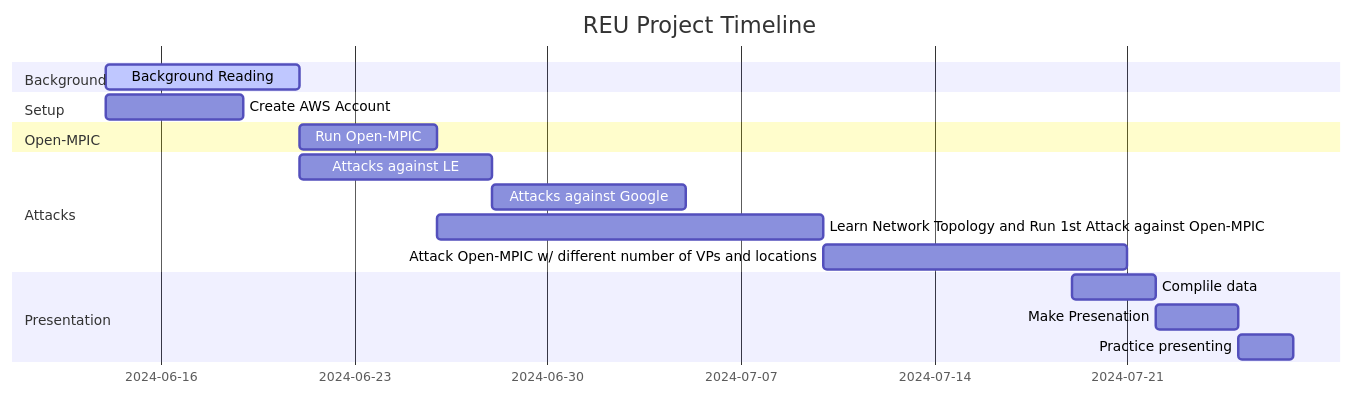
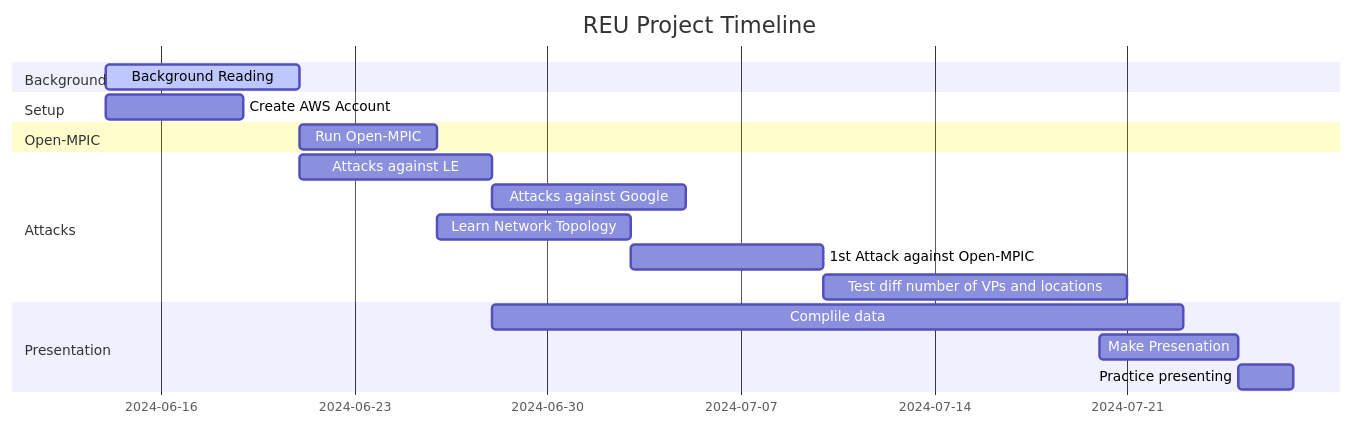
One commit to christine-guoo/Princeton-Intel-REU- changed the diagram in README.md. Above: the diagram before and after it, drawn with Mermaid.

````diff
--- a/README.md
+++ b/README.md
@@ -2,20 +2,21 @@
 ```mermaid
 gantt
 dateFormat  YYYY-MM-DD
 title REU Project Timeline
 section Background
     Background Reading: active, rev1, 2024-06-14, 1w
 section Setup
     Create AWS Account: aws-setup, 2024-06-14, 5d
 section Open-MPIC
     Run Open-MPIC: open-mpic, 2024-06-21, 5d
 section Attacks
     Attacks against LE: le-attacks, 2024-06-21, 1w
     Attacks against Google: after le-attacks, 1w
-    Learn Network Topology and Run 1st Attack against Open-MPIC: 2024-06-26, 2w
-    Attack Open-MPIC w/ different number of VPs and locations: 2024-07-10, 1.5w
+    Learn Network Topology: 2024-06-26, 1w
+    1st Attack against Open-MPIC: 2024-07-03, 1w
+    Test diff number of VPs and locations: 2024-07-10, 1.5w
 section Presentation
-    Complile data: data, 2024-07-19, 3d
-    Make Presenation: slides, after data, 3d
+    Complile data: data, after le-attacks, 3.5w
+    Make Presenation: slides, 2024-07-20, 5d
     Practice presenting: after slides, 2d
 ```
````
